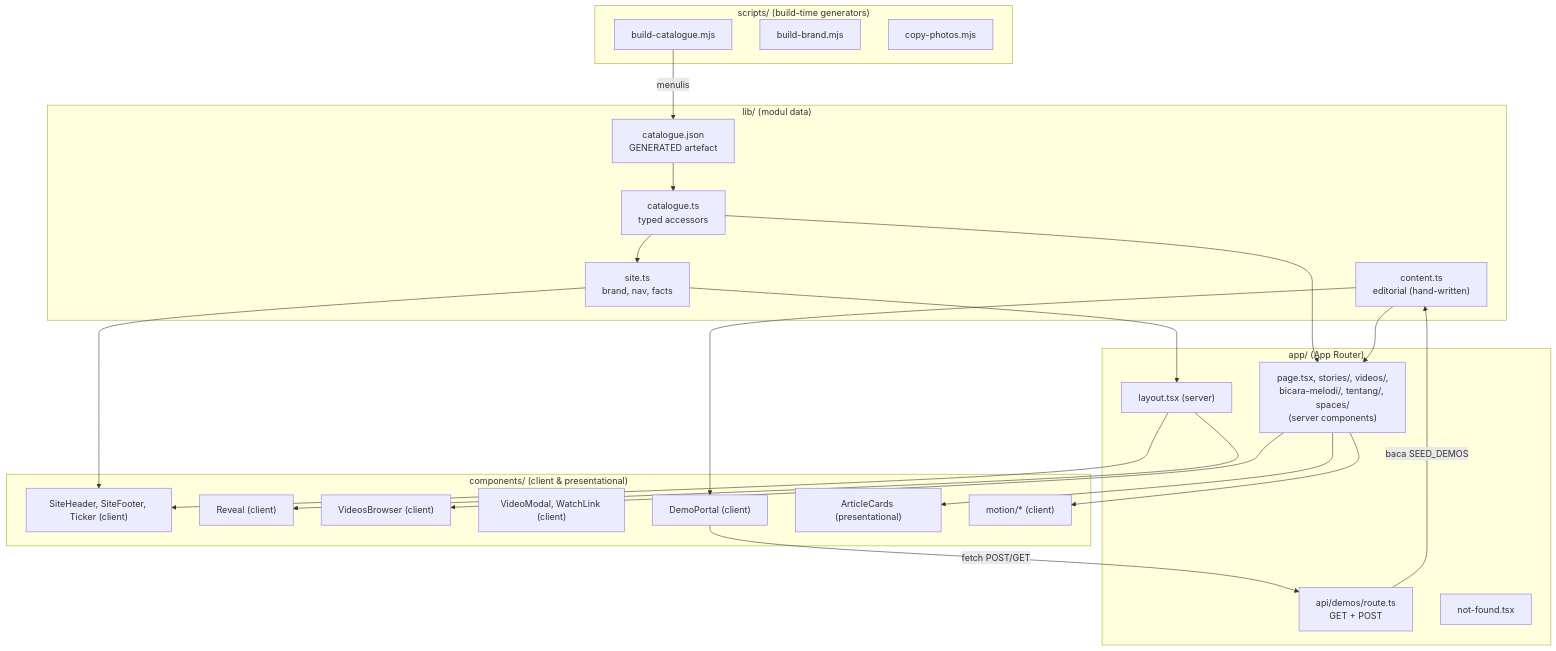
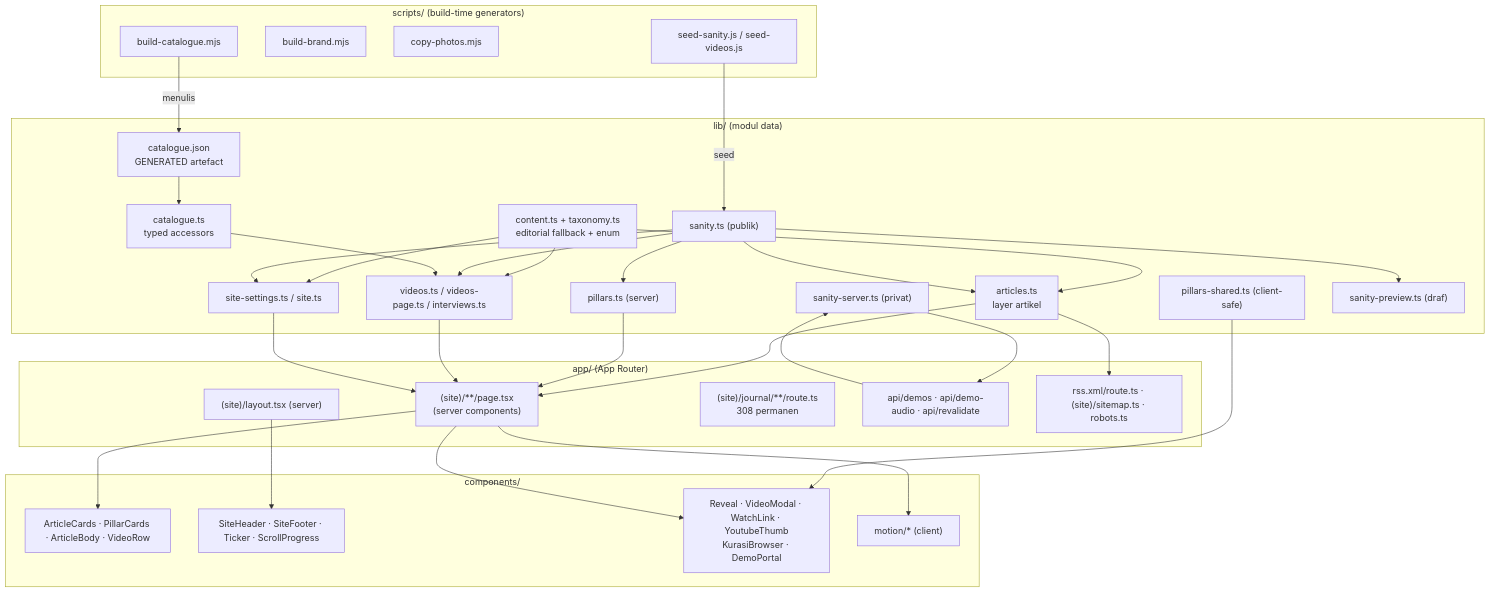
Before and after one commit to albiruby/melodialam-website: the third of 6 diagrams in docs/ARCHITECTURE.md, drawn with Mermaid. The commit also changed other lines of this file and 23 other files, not shown here.

````diff
--- a/docs/ARCHITECTURE.md
+++ b/docs/ARCHITECTURE.md
@@ -223,48 +276,63 @@
 ```mermaid
 graph TB
   subgraph scripts["scripts/ (build-time generators)"]
     bc["build-catalogue.mjs"]
     bb["build-brand.mjs"]
     cp["copy-photos.mjs"]
+    ss["seed-sanity.js / seed-videos.js"]
   end
 
   subgraph lib["lib/ (modul data)"]
-    content["content.ts<br/>editorial (hand-written)"]
+    content["content.ts + taxonomy.ts<br/>editorial fallback + enum"]
+    articles["articles.ts<br/>layer artikel"]
+    pillars["pillars.ts (server)"]
+    pshared["pillars-shared.ts (client-safe)"]
+    videos["videos.ts / videos-page.ts / interviews.ts"]
+    settings["site-settings.ts / site.ts"]
+    sanity["sanity.ts (publik)"]
+    sserver["sanity-server.ts (privat)"]
+    spreview["sanity-preview.ts (draf)"]
     catjson["catalogue.json<br/>GENERATED artefact"]
     catts["catalogue.ts<br/>typed accessors"]
-    site["site.ts<br/>brand, nav, facts"]
   end
 
   subgraph app["app/ (App Router)"]
-    layout["layout.tsx (server)"]
-    pages["page.tsx, stories/, videos/,<br/>bicara-melodi/, tentang/, spaces/<br/>(server components)"]
-    demos["api/demos/route.ts<br/>GET + POST"]
-    notfound["not-found.tsx"]
+    layout["(site)/layout.tsx (server)"]
+    pages["(site)/**/page.tsx<br/>(server components)"]
+    redirect["(site)/journal/**/route.ts<br/>308 permanen"]
+    api["api/demos · api/demo-audio · api/revalidate"]
+    feed["rss.xml/route.ts · (site)/sitemap.ts · robots.ts"]
   end
 
-  subgraph comp["components/ (client & presentational)"]
-    header["SiteHeader, SiteFooter, Ticker (client)"]
-    reveal["Reveal (client)"]
-    browsers["VideosBrowser (client)"]
-    vmodal["VideoModal, WatchLink (client)"]
-    demo["DemoPortal (client)"]
-    cards["ArticleCards (presentational)"]
+  subgraph comp["components/"]
+    cards["ArticleCards · PillarCards · ArticleBody · VideoRow"]
+    shell["SiteHeader · SiteFooter · Ticker · ScrollProgress"]
+    client["Reveal · VideoModal · WatchLink · YoutubeThumb<br/>KurasiBrowser · DemoPortal"]
     motionc["motion/* (client)"]
   end
 
   bc -->|"menulis"| catjson
   catjson --> catts
-  catts --> site
-  catts --> pages
-  content --> pages
-  content --> demo
-  site --> layout
-  site --> header
-  pages --> browsers
+  content --> articles
+  content --> settings
+  content --> videos
+  sanity --> articles
+  sanity --> pillars
+  sanity --> videos
+  sanity --> settings
+  sanity --> spreview
+  sserver --> api
+  catts --> videos
+  articles --> pages
+  pillars --> pages
+  videos --> pages
+  settings --> pages
+  pshared --> client
+  articles --> feed
   pages --> cards
+  pages --> client
   pages --> motionc
-  layout --> header
-  layout --> reveal
-  demo -->|"fetch POST/GET"| demos
-  demos -->|"baca SEED_DEMOS"| content
+  layout --> shell
+  api --> sserver
+  ss -->|"seed"| sanity
 ```
````
